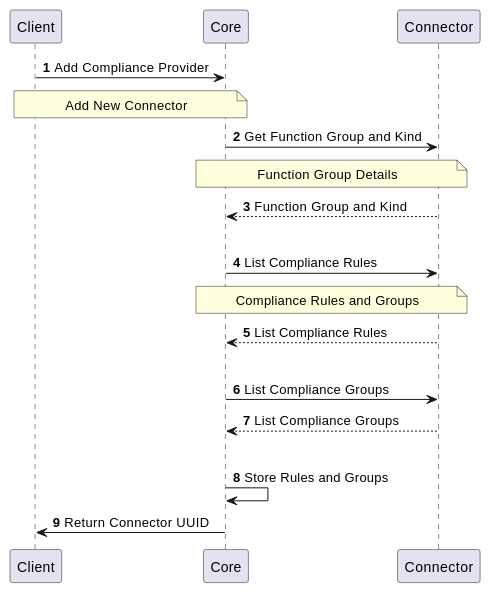
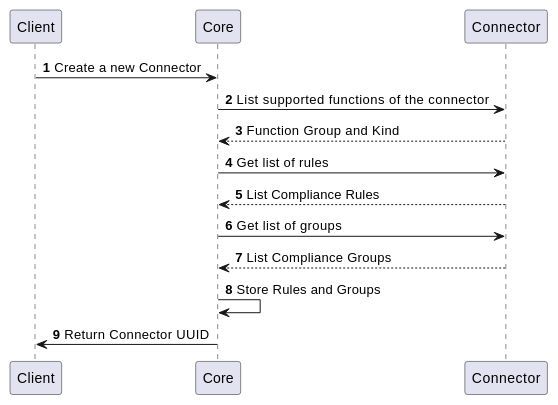
One commit to CZERTAINLY/CZERTAINLY-Documentation changed the first of 2 diagrams in docs/12-connectors/05-description/30-compliance-provider.md. Above: the diagram before and after it, drawn with PlantUML. The commit also changed other lines of this file and 8 other files, not shown here.

First line of the commit message:
Update description of plantuml diagrams on the providers

````diff
--- a/docs/12-connectors/05-description/30-compliance-provider.md
+++ b/docs/12-connectors/05-description/30-compliance-provider.md
@@ -36,21 +27,15 @@
 ```plantuml
     @startuml
     autonumber
     skinparam topurl https://docs.czertainly.com/api/
-        Client -> Core [[core-connector/#tag/Connector-Management-API/operation/createConnector]]: Add Compliance Provider
-        note over Client,Core: Add New Connector
-        Core -> Connector [[connector-compliance-provider/#tag/Info-API/operation/listSupportedFunctions]]: Get Function Group and Kind
-        note over Core,Connector: Function Group Details
+        Client -> Core [[core-connector/#tag/Connector-Management-API/operation/createConnector]]: Create a new Connector
+        Core -> Connector [[connector-compliance-provider/#tag/Info-API/operation/listSupportedFunctions]]: List supported functions of the connector
         Connector --> Core: Function Group and Kind
-        |||
-        Core -> Connector [[connector-compliance-provider/#tag/Compliance-Rules-API/operation/getRules]]: List Compliance Rules
-        note over Core,Connector: Compliance Rules and Groups
+        Core -> Connector [[connector-compliance-provider/#tag/Compliance-Rules-API/operation/getRules]]: Get list of rules
         Connector --> Core: List Compliance Rules
-        |||
-        Core -> Connector [[connector-compliance-provider/#tag/Compliance-Rules-API/operation/getGroups]]: List Compliance Groups
+        Core -> Connector [[connector-compliance-provider/#tag/Compliance-Rules-API/operation/getGroups]]: Get list of groups
         Connector --> Core: List Compliance Groups
-        |||
         Core -> Core: Store Rules and Groups
         Core -> Client: Return Connector UUID
     @enduml
 ```
````
